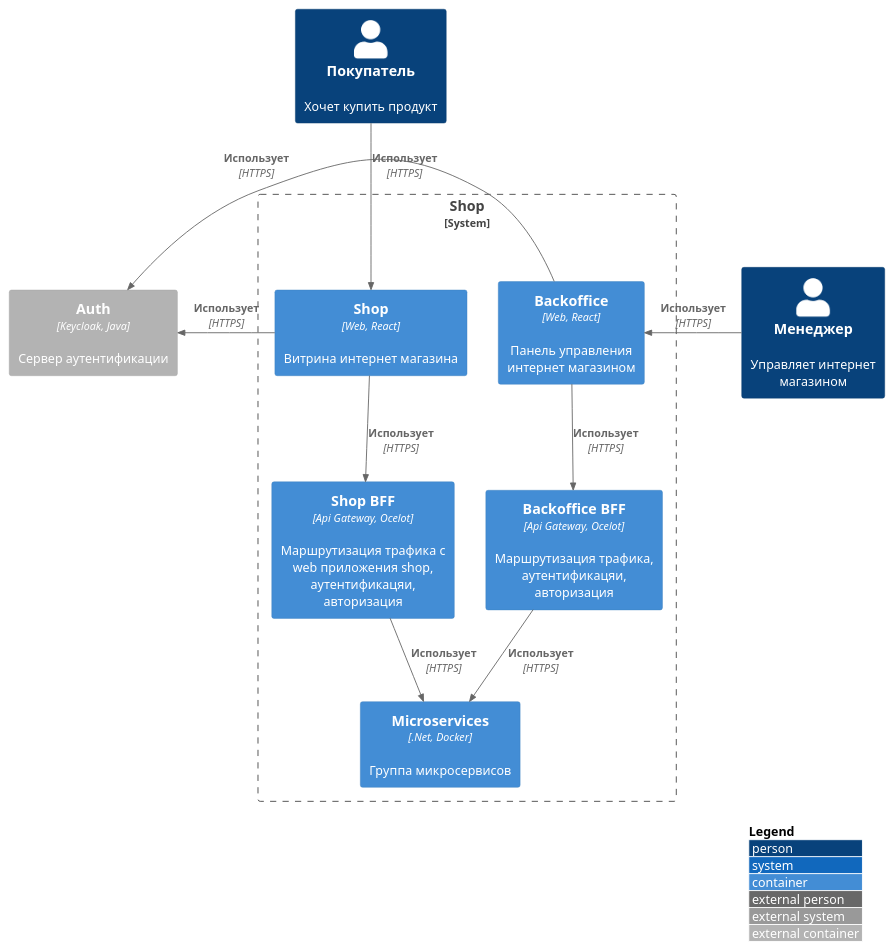
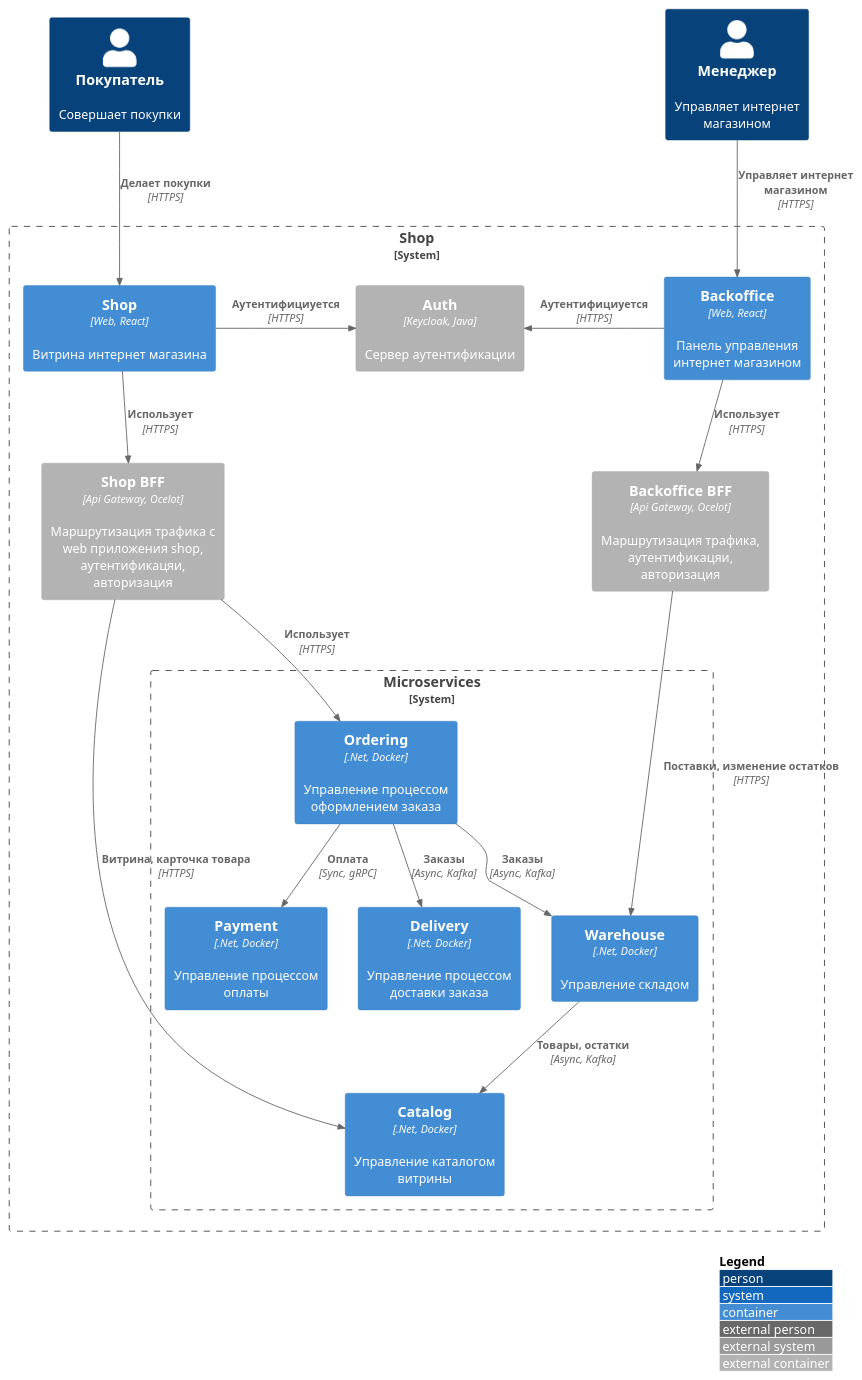
The second of 4 diagrams in README.md (gerzhan/knigaexpert-system-design), drawn with PlantUML before and after one commit. The commit also changed other lines of this file, not shown here.

````diff
--- a/README.md
+++ b/README.md
@@ -64,34 +64,55 @@
 ```plantuml
 !include https://raw.githubusercontent.com/plantuml-stdlib/C4-PlantUML/master/C4_Container.puml
 
 skinparam wrapWidth 200
 skinparam maxMessageSize 200
 
 LAYOUT_TOP_DOWN()
 LAYOUT_WITH_LEGEND()
 
-Person(customer, Покупатель, "Хочет купить продукт")
+Person(customer, Покупатель, "Совершает покупки")
 Person(manager, Менеджер, "Управляет интернет магазином")
 System_Boundary(shop, "Shop") {
 ' Shop
 Container(shop_app, "Shop", "Web, React", "Витрина интернет магазина")
-Container(shop_bff, "Shop BFF", "Api Gateway, Ocelot", "Маршрутизация трафика c web приложения shop, аутентификацяи, авторизация")
+Container_Ext(shop_bff, "Shop BFF", "Api Gateway, Ocelot", "Маршрутизация трафика c web приложения shop, аутентификацяи, авторизация")
 Rel(shop_app, shop_bff, "Использует", "HTTPS")
-Rel(customer, shop_app, "Использует", "HTTPS")
+Rel(customer, shop_app, "Делает покупки", "HTTPS")
 
 ' Backoffice
 Container(backoffice_app, "Backoffice", "Web, React", "Панель управления интернет магазином")  
-Container(backoffice_bff, "Backoffice BFF", "Api Gateway, Ocelot", "Маршрутизация трафика, аутентификацяи, авторизация")
+Container_Ext(backoffice_bff, "Backoffice BFF", "Api Gateway, Ocelot", "Маршрутизация трафика, аутентификацяи, авторизация")
 Rel(backoffice_app, backoffice_bff, "Использует", "HTTPS")
-Rel_L(manager, backoffice_app, "Использует", "HTTPS")
+Rel(manager, backoffice_app, "Управляет интернет магазином", "HTTPS")
 
-Container(microservices, "Microservices", ".Net, Docker", "Группа микросервисов")
-Rel(shop_bff, microservices, "Использует", "HTTPS")
-Rel(backoffice_bff, microservices, "Использует", "HTTPS")
-}
+' Container(microservices, "Microservices", ".Net, Docker", "Группа микросервисов")
+' Rel(shop_bff, microservices, "Использует", "HTTPS")
+' Rel(backoffice_bff, microservices, "Использует", "HTTPS")
 
 ' Services
 Container_Ext(auth, "Auth", "Keycloak, Java", "Сервер аутентификации")
-Rel_L(shop_app, auth, "Использует", "HTTPS")
-Rel_R(backoffice_app, auth, "Использует", "HTTPS")
+Rel_R(shop_app, auth, "Аутентифициуется", "HTTPS")
+Rel_L(backoffice_app, auth, "Аутентифициуется", "HTTPS")
+
+System_Boundary(microservices, "Microservices") {
+  Container(ordering, "Ordering", ".Net, Docker", "Управление процессом оформлением заказа")
+  Rel(shop_bff, ordering, "Использует", "HTTPS")  
+
+  Container(warehouse, "Warehouse", ".Net, Docker", "Управление складом")
+  Rel(ordering, warehouse, "Заказы", "Async, Kafka")
+  Rel(backoffice_bff, warehouse, "Поставки, изменение остатков", "HTTPS")
+
+  Container(catalog, "Catalog", ".Net, Docker", "Управление каталогом витрины")
+  Rel(warehouse, catalog, "Товары, остатки", "Async, Kafka")
+  Rel(shop_bff, catalog, "Витрина, карточка товара", "HTTPS")
+
+  Container(payment, "Payment", ".Net, Docker", "Управление процессом оплаты")
+  Rel(ordering, payment, "Оплата", "Sync, gRPC")
+
+  Container(delivery, "Delivery", ".Net, Docker", "Управление процессом доставки заказа")
+  Rel(ordering, delivery, "Заказы", "Async, Kafka")
+}
+}
+
+
 ```
````
